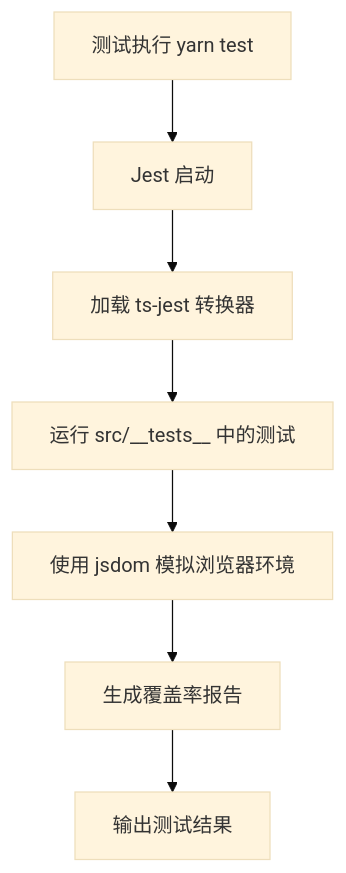
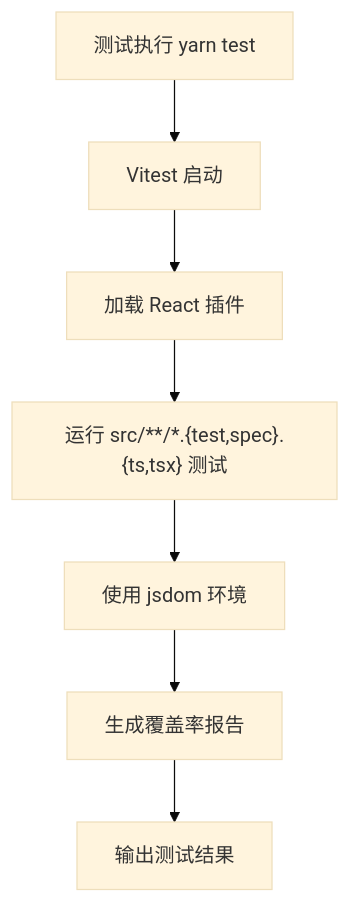
The second of 3 diagrams in .qoder/repowiki/zh/content/技术栈与依赖.md (fengerzh/react-vscode-template), drawn with Mermaid (base theme) before and after one commit. The commit also changed other lines of this file and 15 other files, not shown here.

First line of the commit message:
fix: resolve remaining test issues with vitest

````diff
--- a/.qoder/repowiki/zh/content/技术栈与依赖.md
+++ b/.qoder/repowiki/zh/content/技术栈与依赖.md
@@ -158,9 +188,9 @@
 ```mermaid
 flowchart TD
-A["测试执行 yarn test"] --> B["Jest 启动"]
-B --> C["加载 ts-jest 转换器"]
-C --> D["运行 src/__tests__ 中的测试"]
-D --> E["使用 jsdom 模拟浏览器环境"]
+A["测试执行 yarn test"] --> B["Vitest 启动"]
+B --> C["加载 React 插件"]
+C --> D["运行 src/**/*.{test,spec}.{ts,tsx} 测试"]
+D --> E["使用 jsdom 环境"]
 E --> F["生成覆盖率报告"]
 F --> G["输出测试结果"]
 ```
````
